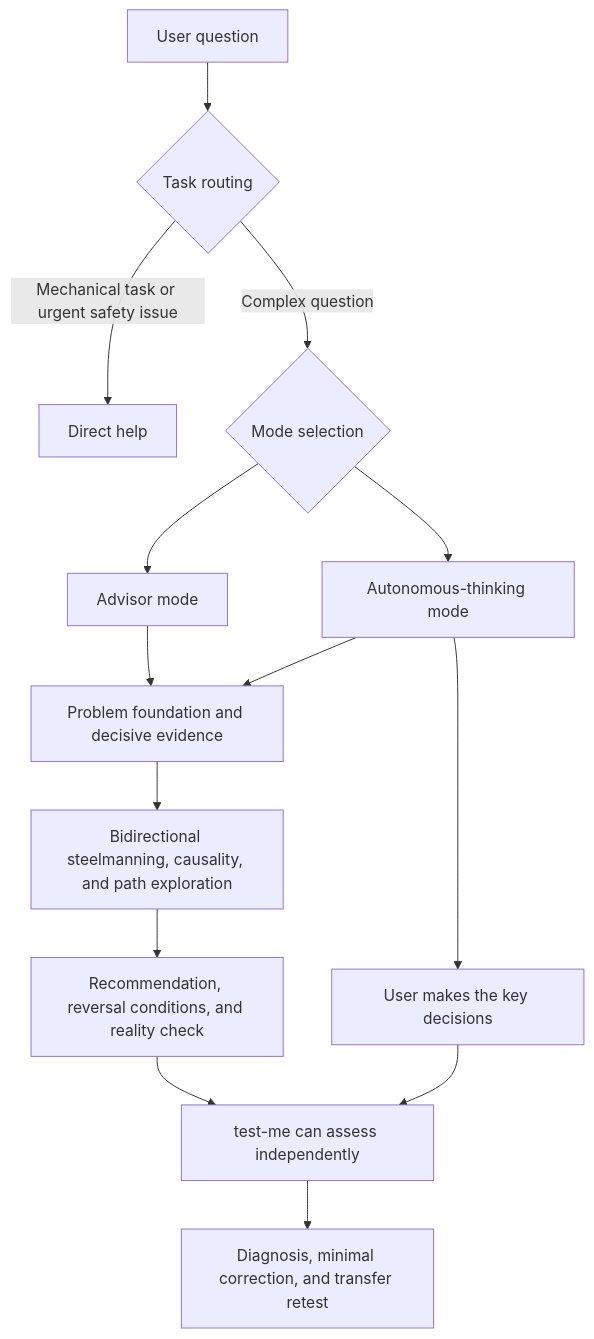
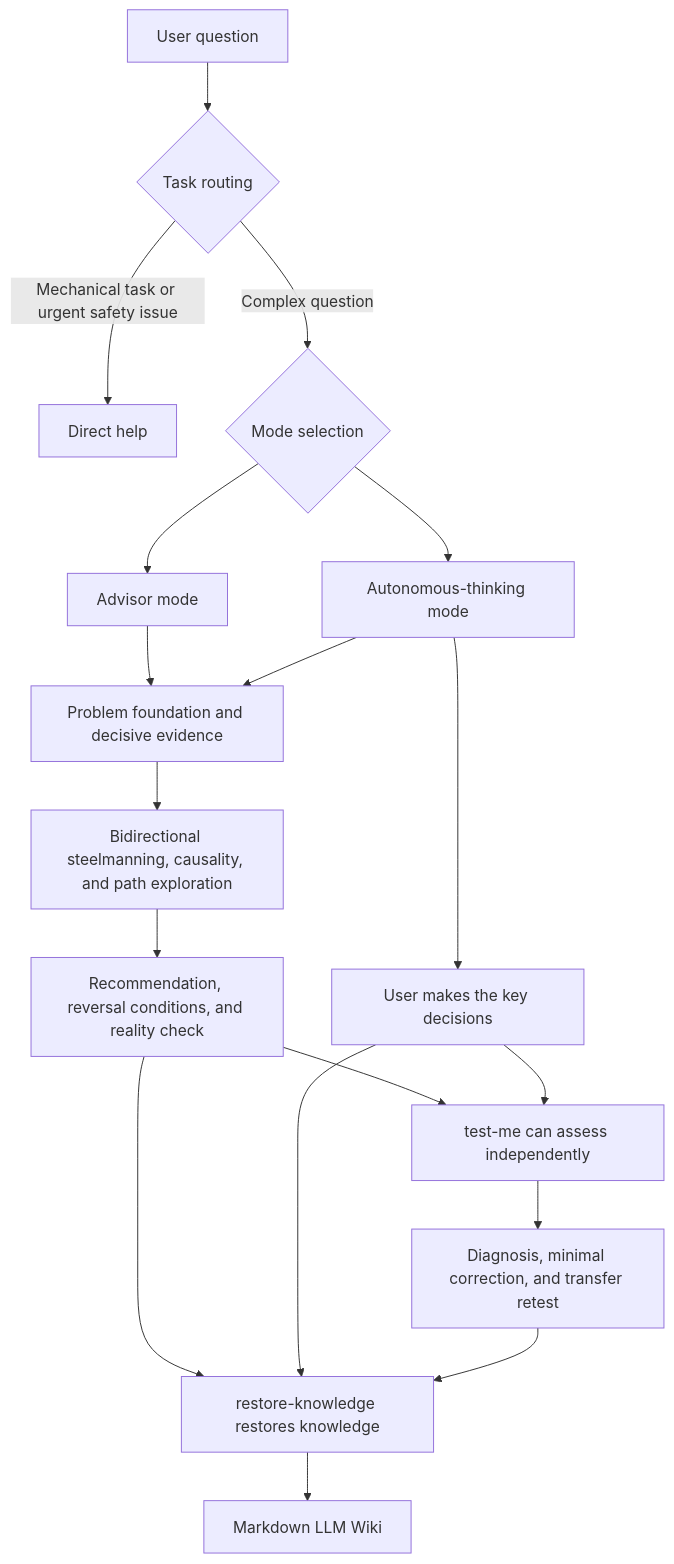
The diagram in README.en.md (ttttstc/chief-of-staff), drawn with Mermaid before and after one commit. The commit also changed other lines of this file and 10 other files, not shown here.

````diff
--- a/README.en.md
+++ b/README.en.md
@@ -135,16 +160,20 @@
 ```mermaid
 flowchart TD
     A[User question] --> B{Task routing}
     B -->|Mechanical task or urgent safety issue| C[Direct help]
     B -->|Complex question| D{Mode selection}
     D --> E[Advisor mode]
     D --> F[Autonomous-thinking mode]
     E --> G[Problem foundation and decisive evidence]
     F --> G
     G --> H[Bidirectional steelmanning, causality, and path exploration]
     H --> I[Recommendation, reversal conditions, and reality check]
     F --> J[User makes the key decisions]
     I --> K[test-me can assess independently]
     J --> K
     K --> L[Diagnosis, minimal correction, and transfer retest]
+    I --> M[restore-knowledge restores knowledge]
+    J --> M
+    L --> M
+    M --> N[Markdown LLM Wiki]
 ```
````
